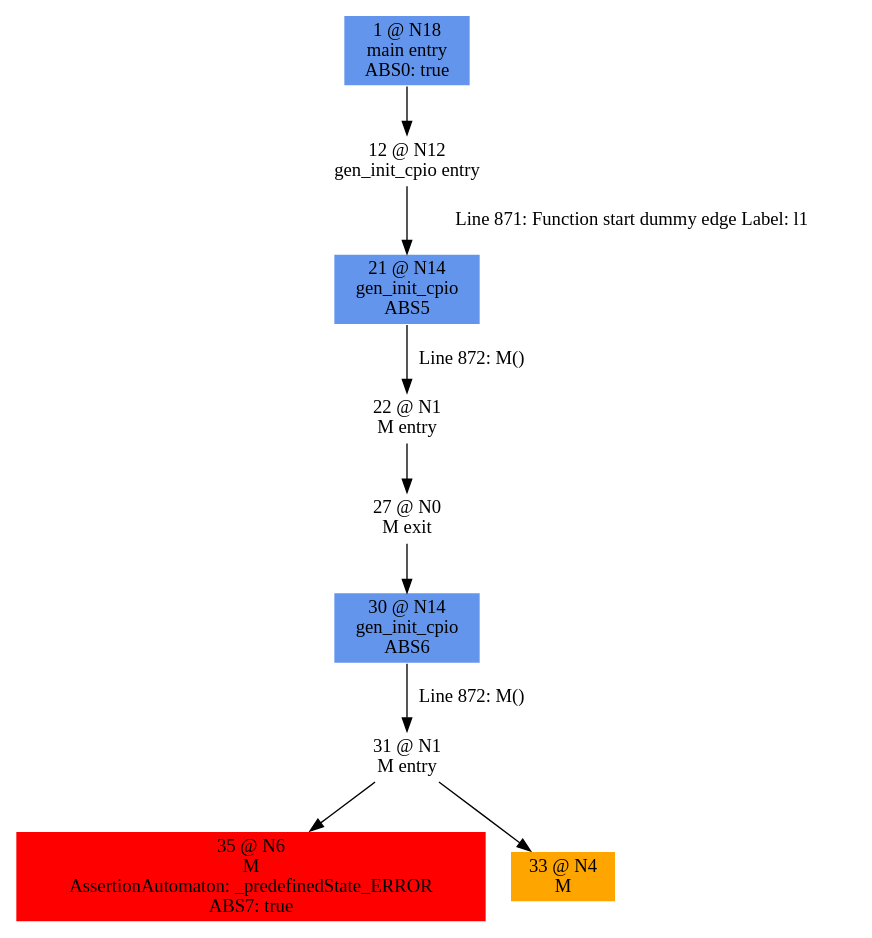
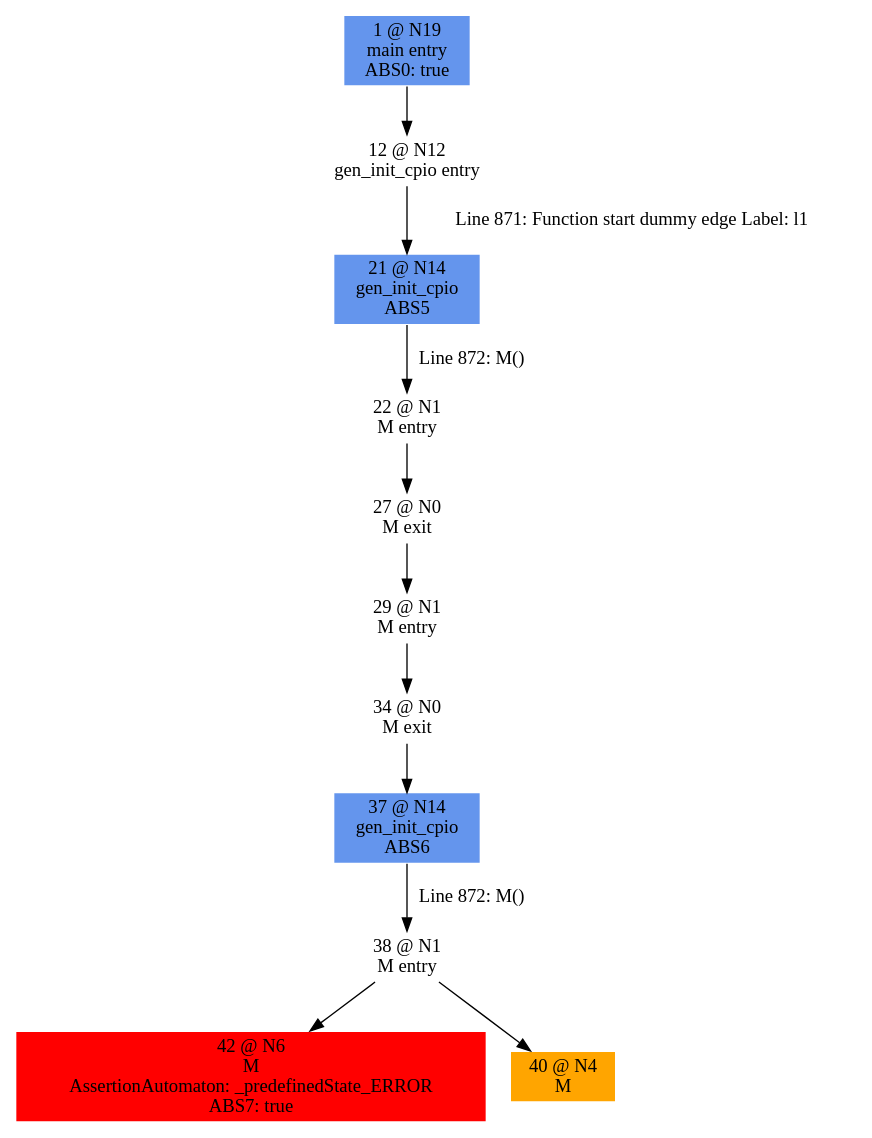
One commit to woailuo/experiments changed the diagram in gen_init_cpio/analysis_behavior/ARGSimplified.dot. Above: the diagram before and after it, drawn with Graphviz. The commit also changed 227 other files, not shown here.

```diff
--- a/gen_init_cpio/analysis_behavior/ARGSimplified.dot
+++ b/gen_init_cpio/analysis_behavior/ARGSimplified.dot
@@ -1,20 +1,24 @@
 digraph ARG {
 node [style="filled" shape="box" color="white"]
-1 [fillcolor="cornflowerblue" label="1 @ N18\nmain entry\nABS0: true" id="1"]
+1 [fillcolor="cornflowerblue" label="1 @ N19\nmain entry\nABS0: true" id="1"]
 12 [label="12 @ N12\ngen_init_cpio entry" id="12"]
 21 [fillcolor="cornflowerblue" label="21 @ N14\ngen_init_cpio\nABS5" id="21"]
 22 [label="22 @ N1\nM entry" id="22"]
 27 [label="27 @ N0\nM exit" id="27"]
-30 [fillcolor="cornflowerblue" label="30 @ N14\ngen_init_cpio\nABS6" id="30"]
-31 [label="31 @ N1\nM entry" id="31"]
-35 [fillcolor="red" label="35 @ N6\nM\nAssertionAutomaton: _predefinedState_ERROR\nABS7: true" id="35"]
-33 [fillcolor="orange" label="33 @ N4\nM" id="33"]
+29 [label="29 @ N1\nM entry" id="29"]
+34 [label="34 @ N0\nM exit" id="34"]
+37 [fillcolor="cornflowerblue" label="37 @ N14\ngen_init_cpio\nABS6" id="37"]
+38 [label="38 @ N1\nM entry" id="38"]
+42 [fillcolor="red" label="42 @ N6\nM\nAssertionAutomaton: _predefinedState_ERROR\nABS7: true" id="42"]
+40 [fillcolor="orange" label="40 @ N4\nM" id="40"]
 1 -> 12 []
 12 -> 21 [label="Line 871: Function start dummy edge Label: l1" id="12 -> 21"]
 21 -> 22 [label="Line 872: M()" id="21 -> 22"]
 22 -> 27 []
-27 -> 30 []
-30 -> 31 [label="Line 872: M()" id="30 -> 31"]
-31 -> 33 []
-31 -> 35 []
+27 -> 29 []
+29 -> 34 []
+34 -> 37 []
+37 -> 38 [label="Line 872: M()" id="37 -> 38"]
+38 -> 40 []
+38 -> 42 []
 }
```
